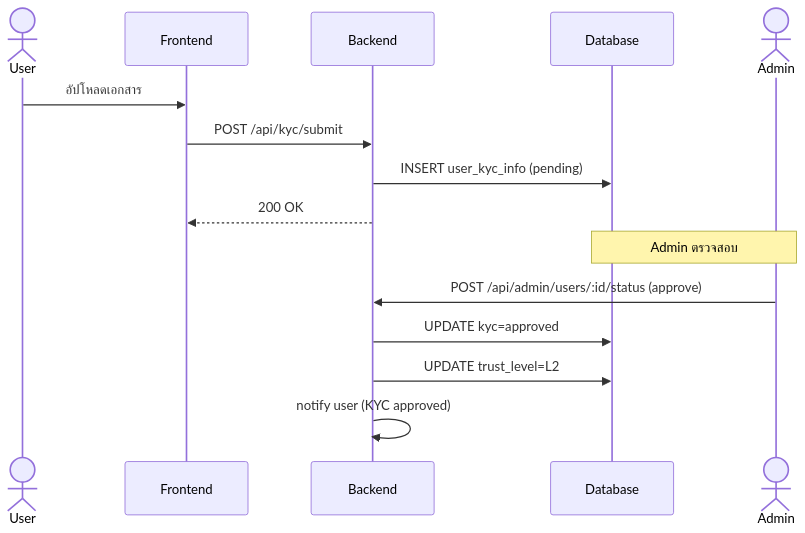
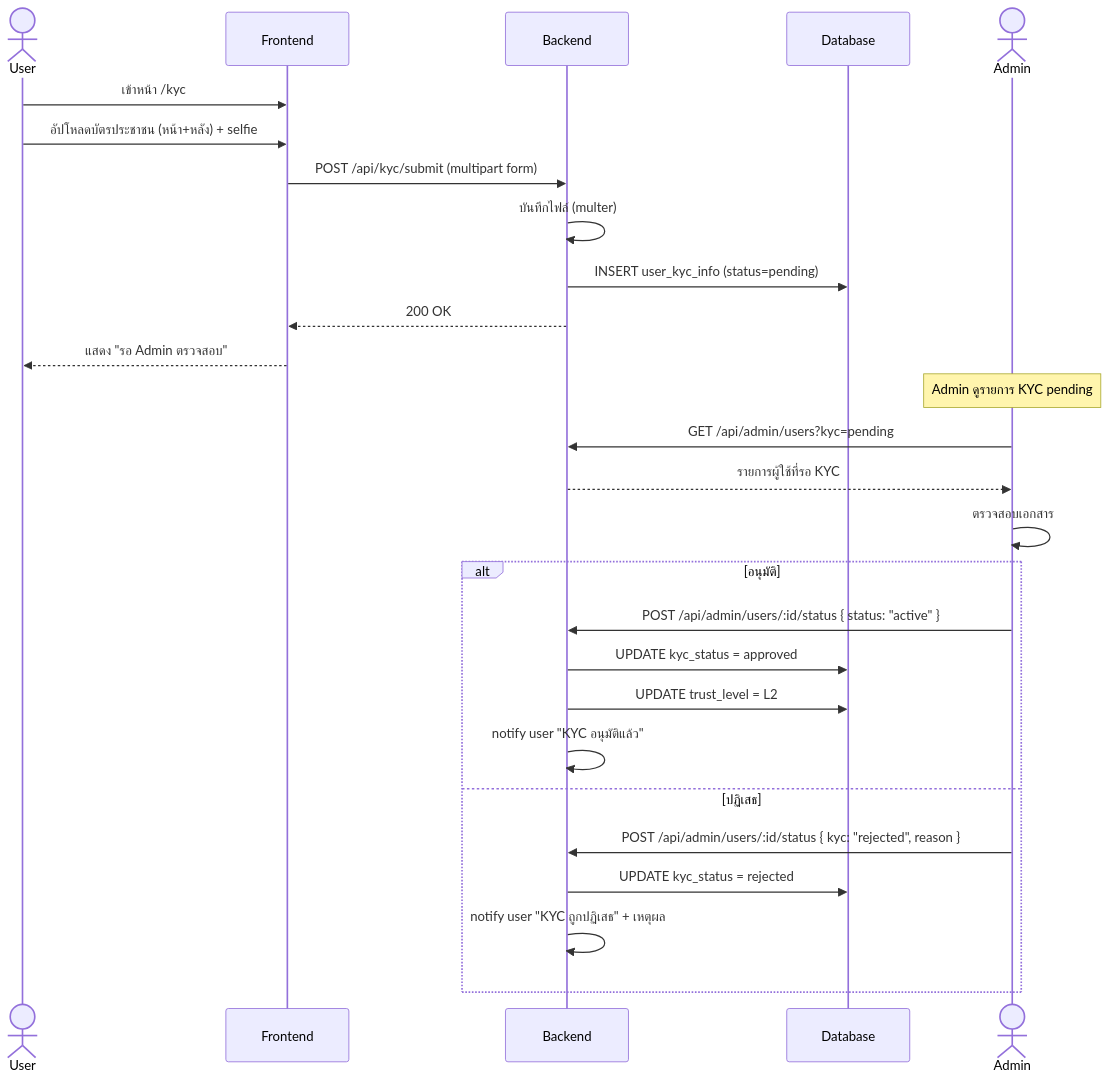
One commit to SakdaRt/Careconnect changed diagram 15 of 16 in THESIS_CONTENT_CH3_PART3.md. Above: the diagram before and after it, drawn with Mermaid. The commit also changed other lines of this file, not shown here.

Commit message:
docs(thesis): ปรับ Sequence Diagram ครบ 15 diagrams — หัวข้อภาษาไทย + เพิ่ม Login, OAuth, OTP, Direct Assign, Early Checkout, Cancel, Dispute, Withdrawal, Notification

````diff
--- a/THESIS_CONTENT_CH3_PART3.md
+++ b/THESIS_CONTENT_CH3_PART3.md
@@ -768,17 +1061,29 @@
 ```mermaid
 sequenceDiagram
     actor User
     participant FE as Frontend
     participant BE as Backend
     participant DB as Database
     actor Admin
-    User->>FE: อัปโหลดเอกสาร
-    FE->>BE: POST /api/kyc/submit
-    BE->>DB: INSERT user_kyc_info (pending)
+    User->>FE: เข้าหน้า /kyc
+    User->>FE: อัปโหลดบัตรประชาชน (หน้า+หลัง) + selfie
+    FE->>BE: POST /api/kyc/submit (multipart form)
+    BE->>BE: บันทึกไฟล์ (multer)
+    BE->>DB: INSERT user_kyc_info (status=pending)
     BE-->>FE: 200 OK
-    Note over Admin,DB: Admin ตรวจสอบ
-    Admin->>BE: POST /api/admin/users/:id/status (approve)
-    BE->>DB: UPDATE kyc=approved
-    BE->>DB: UPDATE trust_level=L2
-    BE->>BE: notify user (KYC approved)
+    FE-->>User: แสดง "รอ Admin ตรวจสอบ"
+    Note over Admin: Admin ดูรายการ KYC pending
+    Admin->>BE: GET /api/admin/users?kyc=pending
+    BE-->>Admin: รายการผู้ใช้ที่รอ KYC
+    Admin->>Admin: ตรวจสอบเอกสาร
+    alt อนุมัติ
+        Admin->>BE: POST /api/admin/users/:id/status { status: "active" }
+        BE->>DB: UPDATE kyc_status = approved
+        BE->>DB: UPDATE trust_level = L2
+        BE->>BE: notify user "KYC อนุมัติแล้ว"
+    else ปฏิเสธ
+        Admin->>BE: POST /api/admin/users/:id/status { kyc: "rejected", reason }
+        BE->>DB: UPDATE kyc_status = rejected
+        BE->>BE: notify user "KYC ถูกปฏิเสธ" + เหตุผล
+    end
 ```
````
